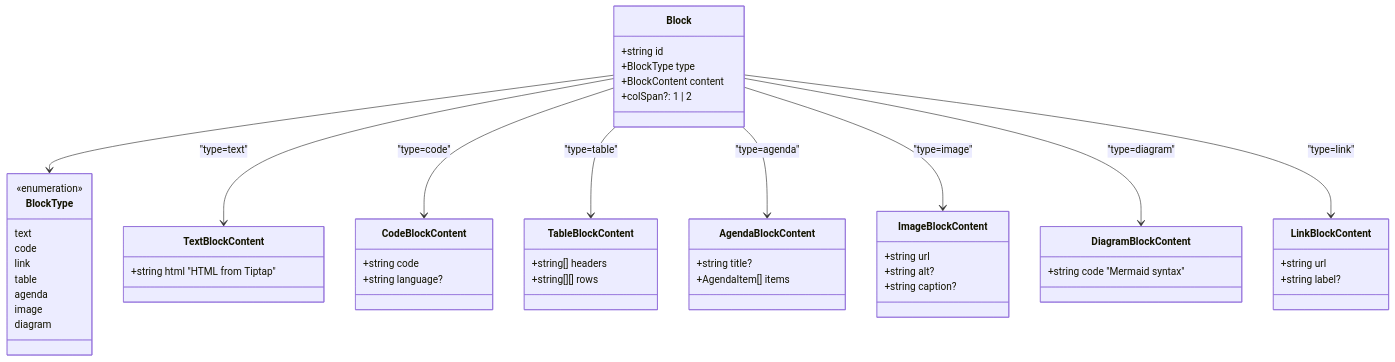
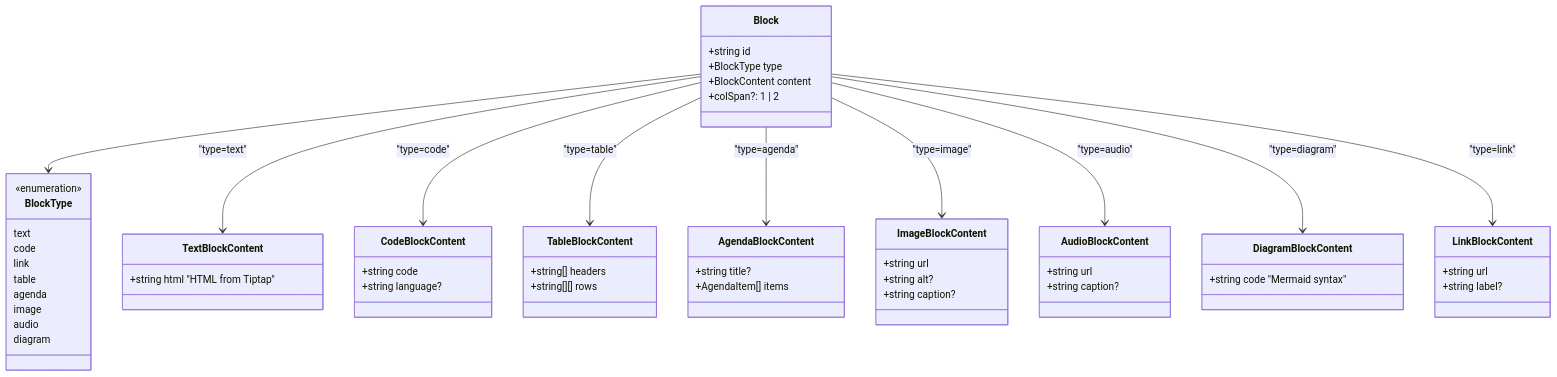
One commit to Ligred/devTree changed the fourth of 14 diagrams in docs/ARCHITECTURE.md. Above: the diagram before and after it, drawn with Mermaid. The commit also changed 37 other files, not shown here.

Commit message:
new audio block and some fixes

````diff
--- a/docs/ARCHITECTURE.md
+++ b/docs/ARCHITECTURE.md
@@ -131,57 +131,63 @@
 ```mermaid
 classDiagram
     class Block {
         +string id
         +BlockType type
         +BlockContent content
         +colSpan?: 1 | 2
     }
 
     class BlockType {
         <<enumeration>>
         text
         code
         link
         table
         agenda
         image
+        audio
         diagram
     }
 
     class TextBlockContent {
         +string html "HTML from Tiptap"
     }
     class CodeBlockContent {
         +string code
         +string language?
     }
     class TableBlockContent {
         +string[] headers
         +string[][] rows
     }
     class AgendaBlockContent {
         +string title?
         +AgendaItem[] items
     }
     class ImageBlockContent {
         +string url
         +string alt?
         +string caption?
     }
+    class AudioBlockContent {
+        +string url
+        +string caption?
+    }
     class DiagramBlockContent {
         +string code "Mermaid syntax"
     }
     class LinkBlockContent {
         +string url
         +string label?
     }
 
     Block --> BlockType
     Block --> TextBlockContent : "type=text"
     Block --> CodeBlockContent : "type=code"
     Block --> TableBlockContent : "type=table"
     Block --> AgendaBlockContent : "type=agenda"
     Block --> ImageBlockContent : "type=image"
+    Block --> AudioBlockContent : "type=audio"
     Block --> DiagramBlockContent : "type=diagram"
     Block --> LinkBlockContent : "type=link"
 ```
````
